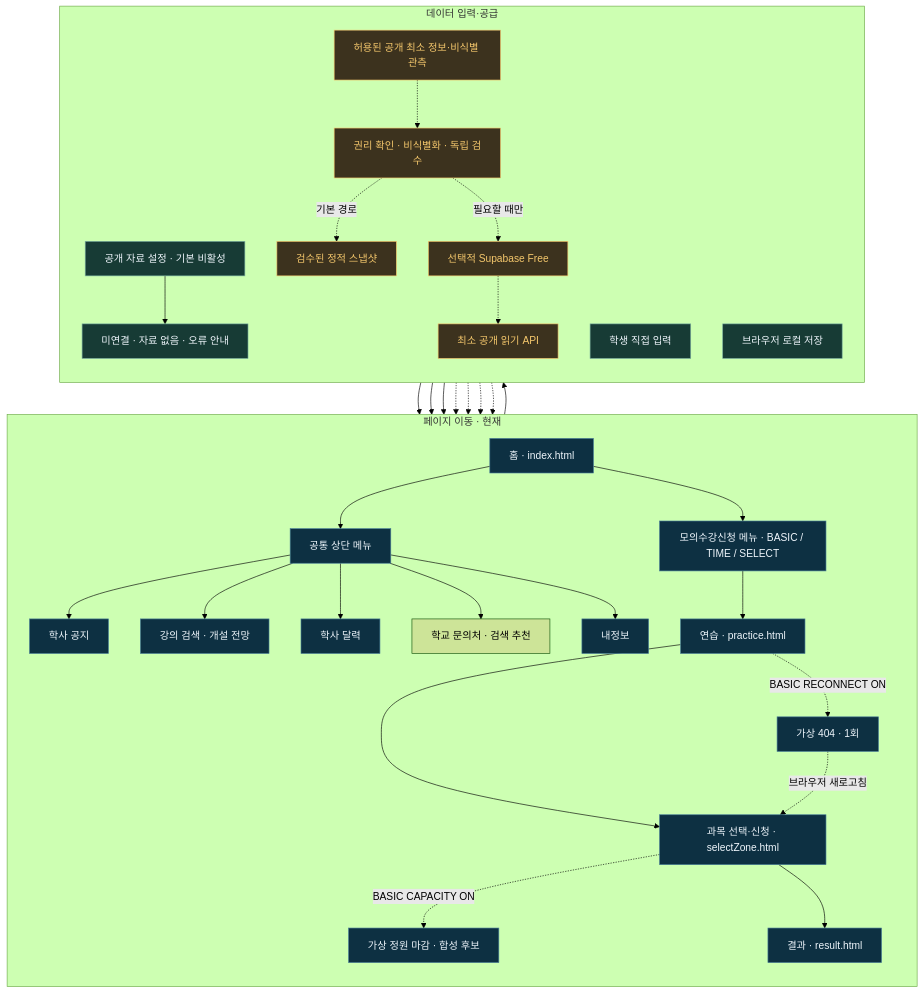
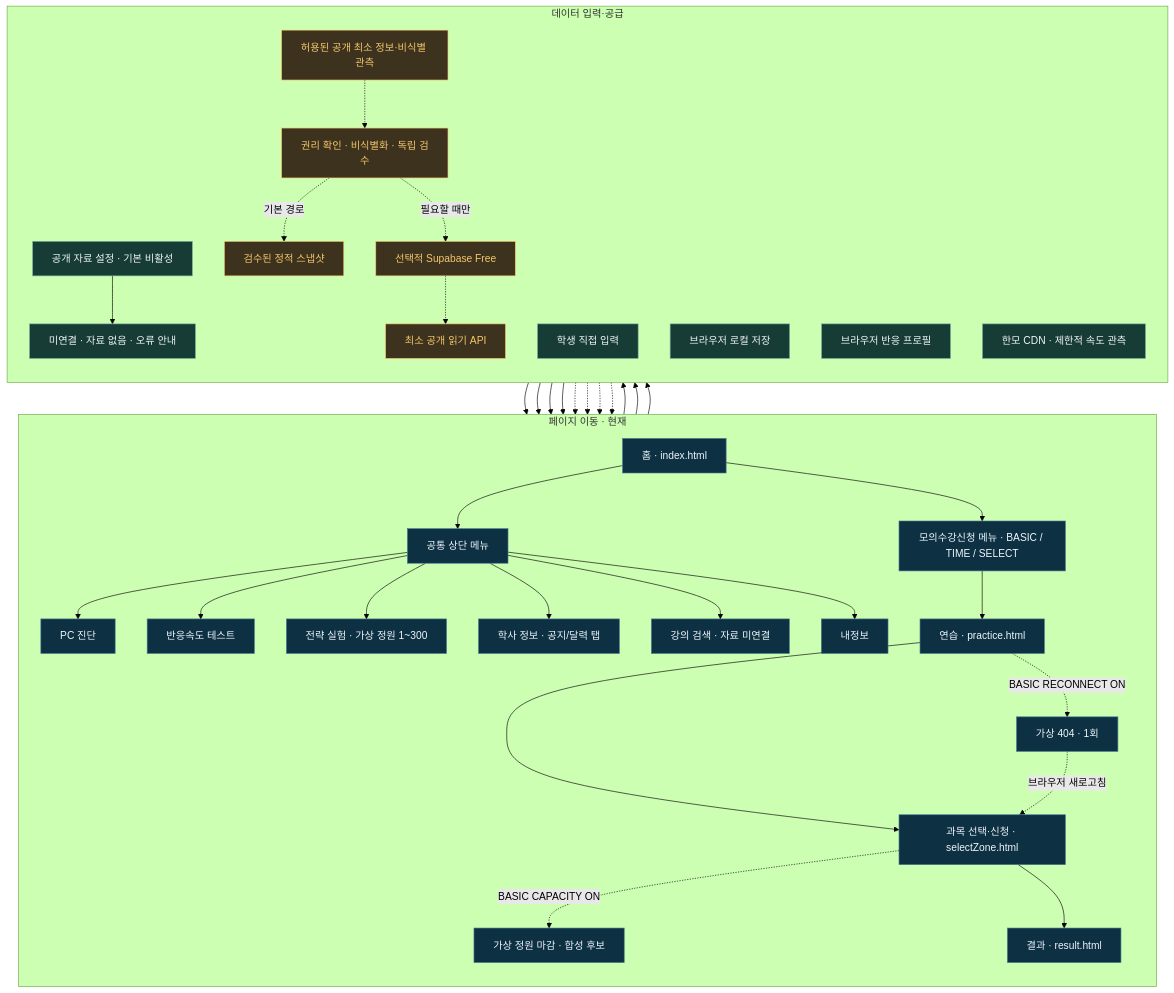
Before and after one commit to chny0n/Hanmo: the second of 2 diagrams in README.md, drawn with Mermaid (forest theme). The commit also changed other lines of this file and 20 other files, not shown here.

Commit message:
docs: synchronize Hanmo architecture README issue index and SVGs with current implementation

````diff
--- a/README.md
+++ b/README.md
@@ -122,43 +123,47 @@
 ```mermaid
 flowchart TB
     subgraph P["페이지 이동 · 현재"]
         direction TB
         H["홈 · index.html"] --> NAV["공통 상단 메뉴"]
-        NAV --> N["학사 공지"]
-        NAV --> C["강의 검색 · 개설 전망"]
-        NAV --> CAL["학사 달력"]
-        NAV --> SUP["학교 문의처 · 검색 추천"]
+        NAV --> PC["PC 진단"]
+        NAV --> RT["반응속도 테스트"]
+        NAV --> ST["전략 실험 · 가상 정원 1~300"]
+        NAV --> N["학사 정보 · 공지/달력 탭"]
+        NAV --> C["강의 검색 · 자료 미연결"]
         NAV --> I["내정보"]
         H --> M["모의수강신청 메뉴 · BASIC / TIME / SELECT"]
         M --> PR["연습 · practice.html"]
         PR --> SZ["과목 선택·신청 · selectZone.html"]
         PR -. "BASIC RECONNECT ON" .-> ERR["가상 404 · 1회"]
         ERR -. "브라우저 새로고침" .-> SZ
         SZ -. "BASIC CAPACITY ON" .-> CAP["가상 정원 마감 · 합성 후보"]
         SZ --> R["결과 · result.html"]
     end
 
     subgraph D["데이터 입력·공급"]
         direction TB
         J["공개 자료 설정 · 기본 비활성"] --> E["미연결 · 자료 없음 · 오류 안내"]
         E --> N
         E --> C
         U["학생 직접 입력"] --> I
         I --> LS["브라우저 로컬 저장"]
+        RT --> RP["브라우저 반응 프로필"]
+        RP --> ST
+        PC --> CDN["한모 CDN · 제한적 속도 관측"]
         S["허용된 공개 최소 정보·비식별 관측"] -.-> V["권리 확인 · 비식별화 · 독립 검수"]
         V -. "기본 경로" .-> SNAP["검수된 정적 스냅샷"]
         V -. "필요할 때만" .-> DB["선택적 Supabase Free"]
         SNAP -.-> N
         SNAP -.-> C
         DB -.-> API["최소 공개 읽기 API"]
         API -.-> N
         API -.-> C
     end
 
     classDef page fill:#0d3042,stroke:#467c96,color:#eff6fc
     classDef data fill:#173b35,stroke:#78ad9e,color:#eff6fc
     classDef planned fill:#3c321e,stroke:#f4c76c,color:#f4c76c
-    class H,NAV,N,C,CAL,I,M,PR,SZ,R,ERR,CAP page
-    class J,E,U,LS data
+    class H,NAV,PC,RT,ST,N,C,I,M,PR,SZ,R,ERR,CAP page
+    class J,E,U,LS,RP,CDN data
     class S,V,SNAP,DB,API planned
 ```
````
